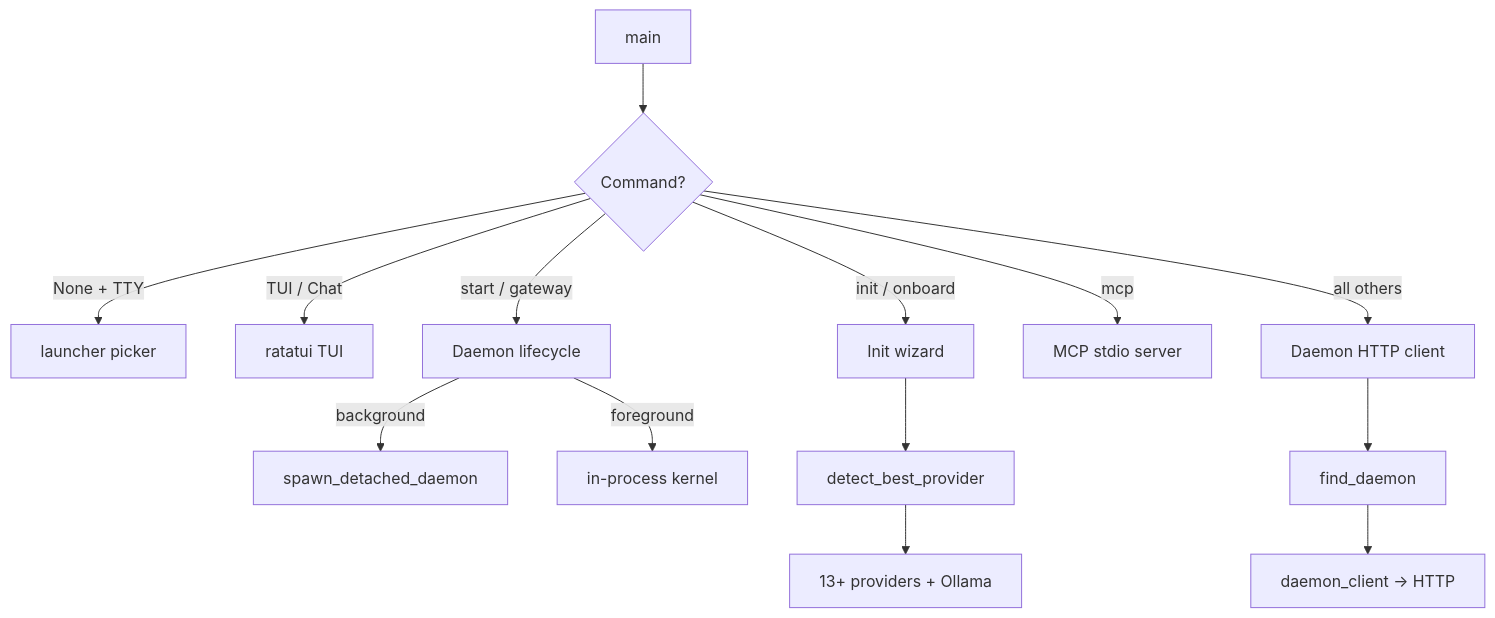
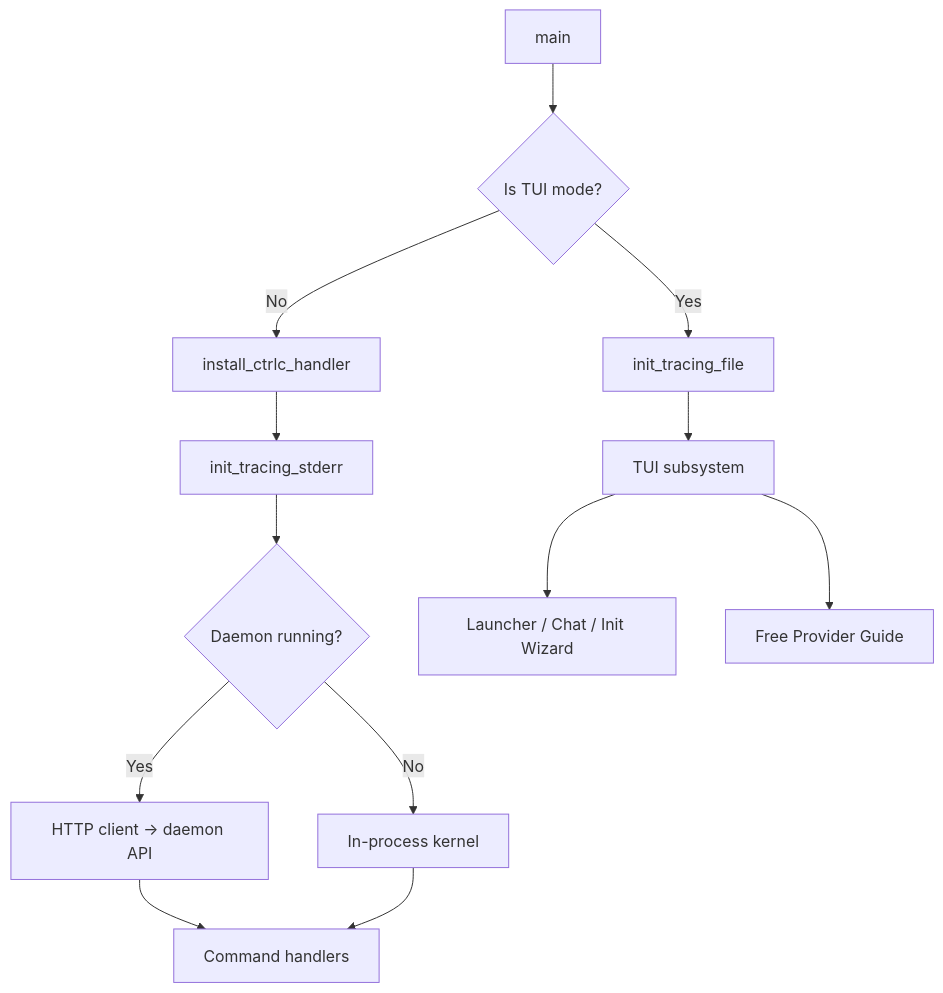
The diagram in cli-terminal-ui.md (leszek3737/librefang-WIki), drawn with Mermaid before and after one commit. The commit also changed other lines of this file and 98 other files, not shown here.

````diff
--- a/cli-terminal-ui.md
+++ b/cli-terminal-ui.md
@@ -16,17 +16,15 @@
 ```mermaid
 graph TD
-    A[main] --> B{Command?}
-    B -->|None + TTY| C[launcher picker]
-    B -->|TUI / Chat| D[ratatui TUI]
-    B -->|start / gateway| E[Daemon lifecycle]
-    B -->|init / onboard| F[Init wizard]
-    B -->|mcp| G[MCP stdio server]
-    B -->|all others| H[Daemon HTTP client]
-
-    E -->|background| I[spawn_detached_daemon]
-    E -->|foreground| J[in-process kernel]
-    H --> K[find_daemon]
-    K --> L[daemon_client → HTTP]
-    F --> M[detect_best_provider]
-    M --> N[13+ providers + Ollama]
+    A[main] --> B{Is TUI mode?}
+    B -- Yes --> C[init_tracing_file]
+    C --> D[TUI subsystem]
+    B -- No --> E[install_ctrlc_handler]
+    E --> F[init_tracing_stderr]
+    F --> G{Daemon running?}
+    G -- Yes --> H[HTTP client → daemon API]
+    G -- No --> I[In-process kernel]
+    D --> J[Launcher / Chat / Init Wizard]
+    D --> K[Free Provider Guide]
+    H --> L[Command handlers]
+    I --> L
 ```
````
